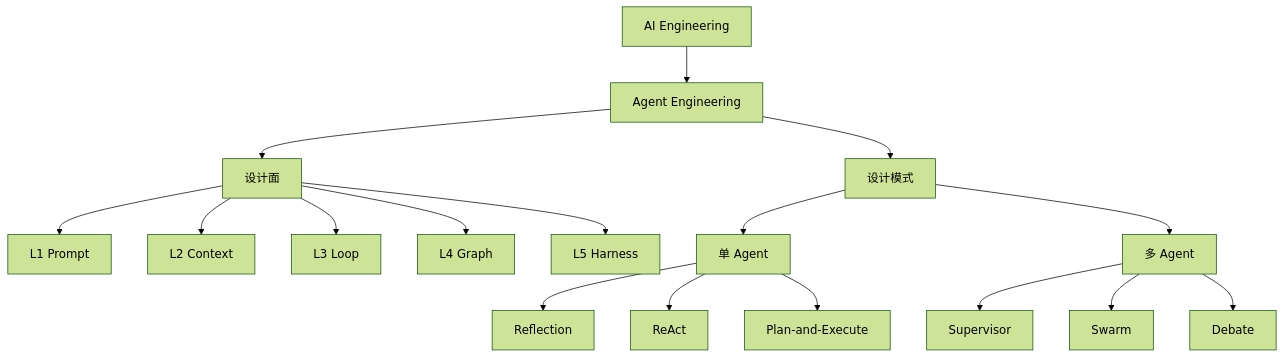
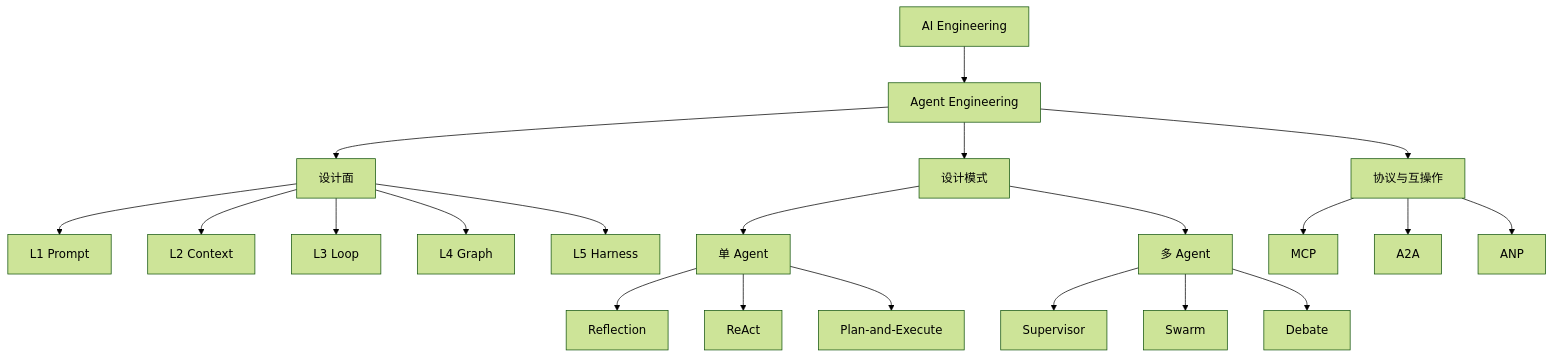
The diagram in docs/llm-applications/ai-engineering/agent-engineering/index.md (tingfeng347/windwiki), drawn with Mermaid (forest theme) before and after one commit. The commit also changed other lines of this file and 10 other files, not shown here.

````diff
--- a/docs/llm-applications/ai-engineering/agent-engineering/index.md
+++ b/docs/llm-applications/ai-engineering/agent-engineering/index.md
@@ -9,19 +9,23 @@
 ```mermaid
 flowchart TB
     AI[AI Engineering] --> AE[Agent Engineering]
     AE --> S[设计面]
     AE --> P[设计模式]
+    AE --> I[协议与互操作]
     S --> L1[L1 Prompt]
     S --> L2[L2 Context]
     S --> L3[L3 Loop]
     S --> L4[L4 Graph]
     S --> L5[L5 Harness]
     P --> SA[单 Agent]
     P --> MA[多 Agent]
     SA --> Reflection
     SA --> ReAct
     SA --> PE[Plan-and-Execute]
     MA --> Supervisor
     MA --> Swarm
     MA --> Debate
+    I --> MCP
+    I --> A2A
+    I --> ANP
 ```
````
